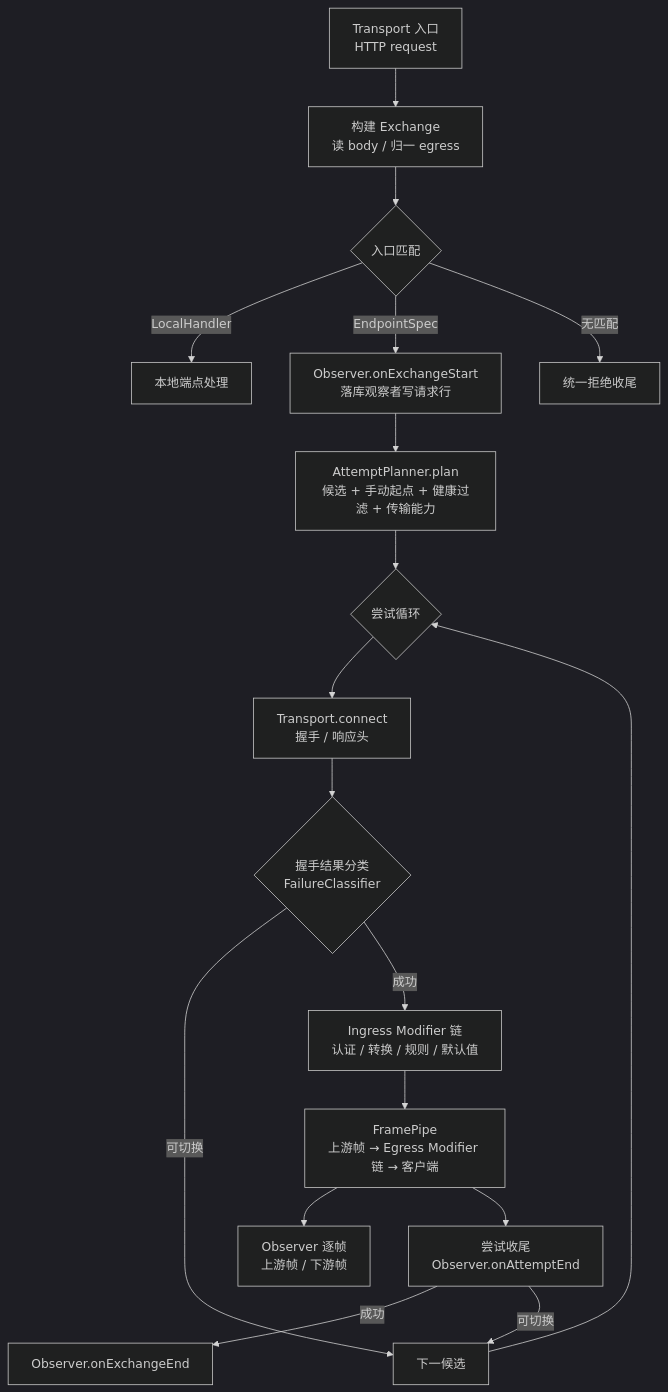
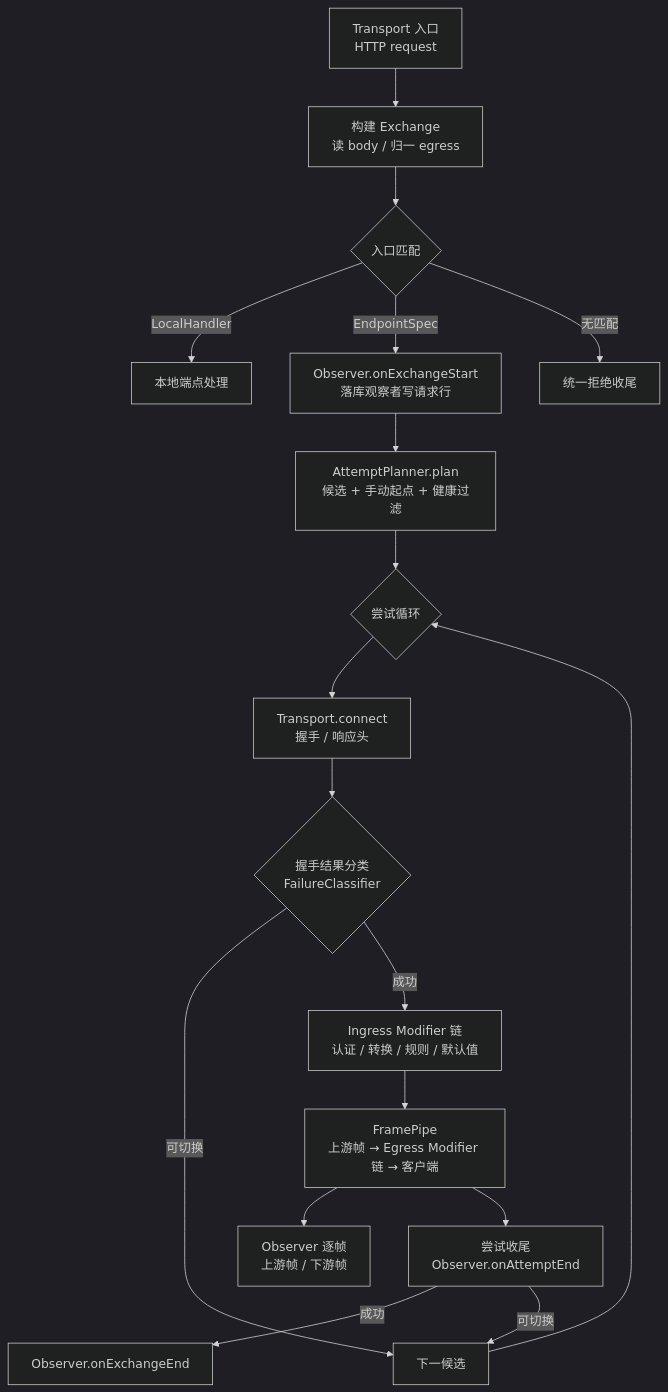
The second of 2 diagrams in product/proxy-engine.md (yinxulai/one-switch), drawn with Mermaid (dark theme) before and after one commit. The commit also changed other lines of this file and 93 other files, not shown here.

````diff
--- a/product/proxy-engine.md
+++ b/product/proxy-engine.md
@@ -483,20 +581,20 @@
 ```mermaid
 flowchart TD
   A[Transport 入口<br/>HTTP request] --> B[构建 Exchange<br/>读 body / 归一 egress]
   B --> C{入口匹配}
   C -->|LocalHandler| D[本地端点处理]
   C -->|EndpointSpec| E[Observer.onExchangeStart<br/>落库观察者写请求行]
   C -->|无匹配| R[统一拒绝收尾]
-  E --> F[AttemptPlanner.plan<br/>候选 + 手动起点 + 健康过滤 + 传输能力]
+  E --> F[AttemptPlanner.plan<br/>候选 + 手动起点 + 健康过滤]
   F --> G{尝试循环}
   G --> H[Transport.connect<br/>握手 / 响应头]
   H --> I{握手结果分类<br/>FailureClassifier}
   I -->|可切换| N
   I -->|成功| J[Ingress Modifier 链<br/>认证 / 转换 / 规则 / 默认值]
   J --> K[FramePipe<br/>上游帧 → Egress Modifier 链 → 客户端]
   K --> L[Observer 逐帧<br/>上游帧 / 下游帧]
   K --> M[尝试收尾<br/>Observer.onAttemptEnd]
   M -->|成功| P[Observer.onExchangeEnd]
   M -->|可切换| N[下一候选]
   N --> G
 ```
````
